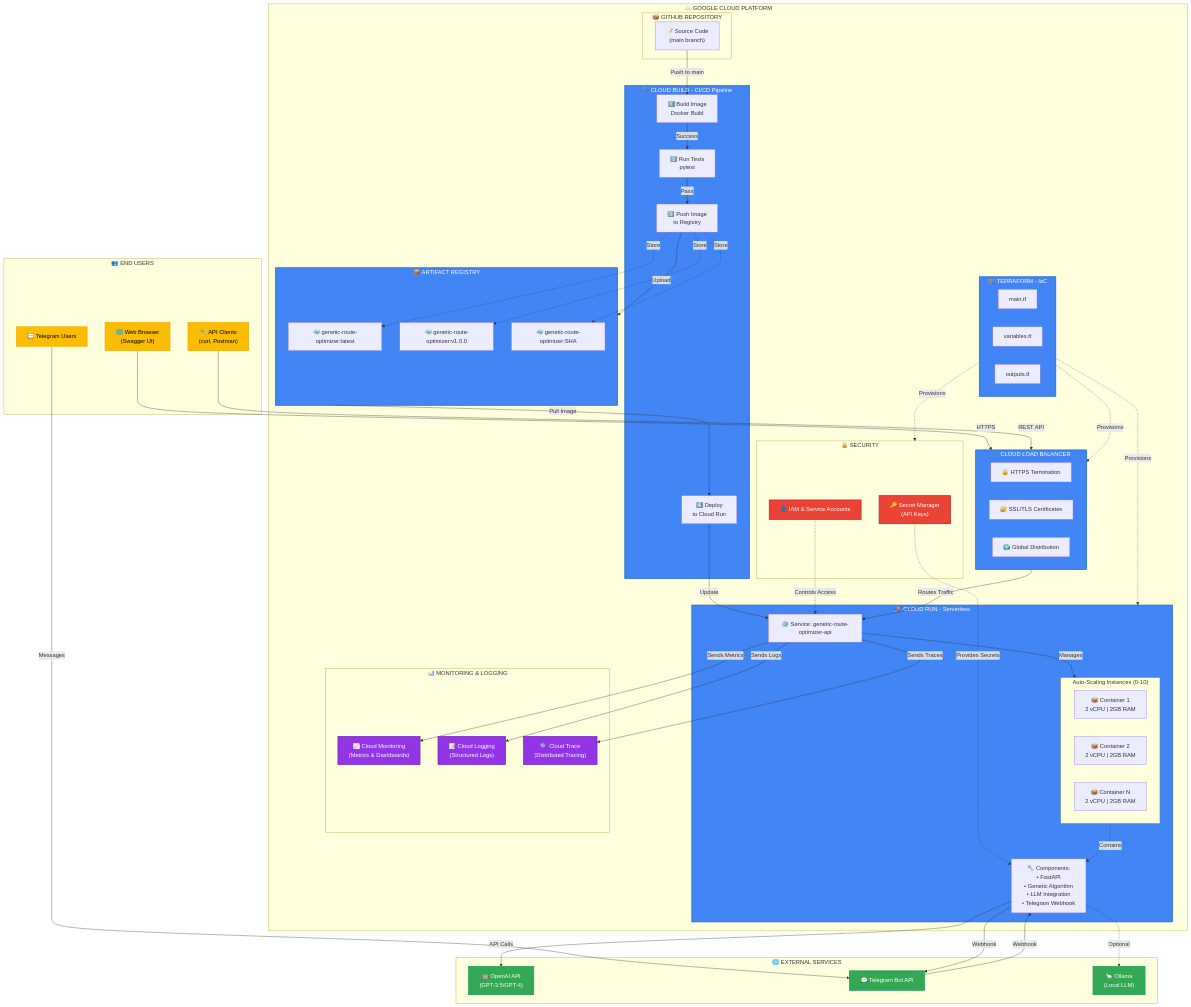
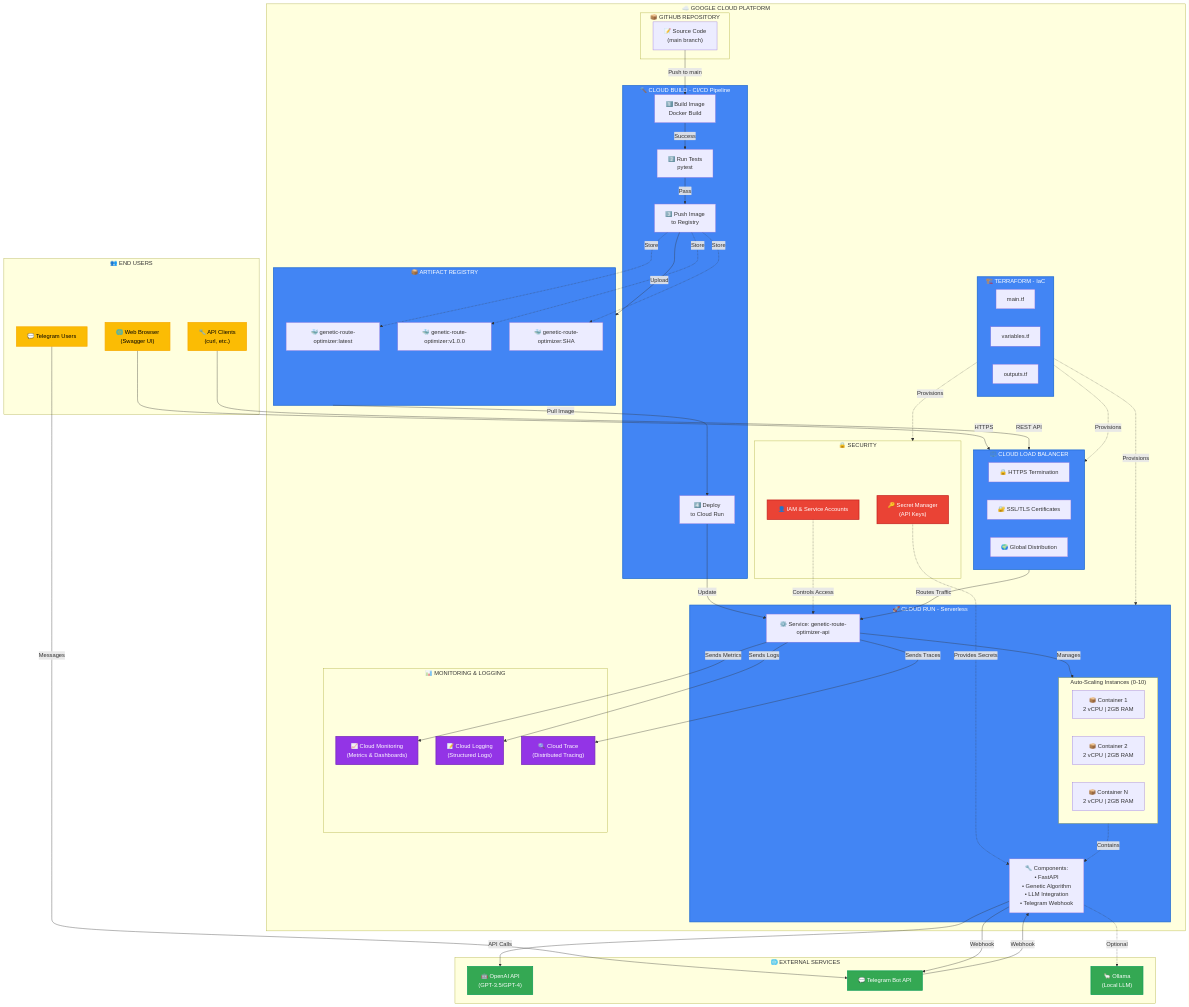
Before and after one commit to fernandavaldevino/genetic_route_optimizer: the diagram in docs/ARQUITETURA_GCP.md, drawn with Mermaid. The commit also changed other lines of this file, not shown here.

Commit message:
Updating Mermaid and ASC II charts in the ARQUITETURA_GCP.md doc

```diff
--- a/docs/ARQUITETURA_GCP.md
+++ b/docs/ARQUITETURA_GCP.md
@@ -47,7 +47,7 @@
     subgraph Users["👥 END USERS"]
         Browser["🌐 Web Browser<br/>(Swagger UI)"]
         TelegramUser["💬 Telegram Users"]
-        APIClient["🔧 API Clients<br/>(curl, Postman)"]
+        APIClient["🔧 API Clients<br/>(curl, etc.)"]
     end
 
     subgraph GCP["☁️ GOOGLE CLOUD PLATFORM"]
```
